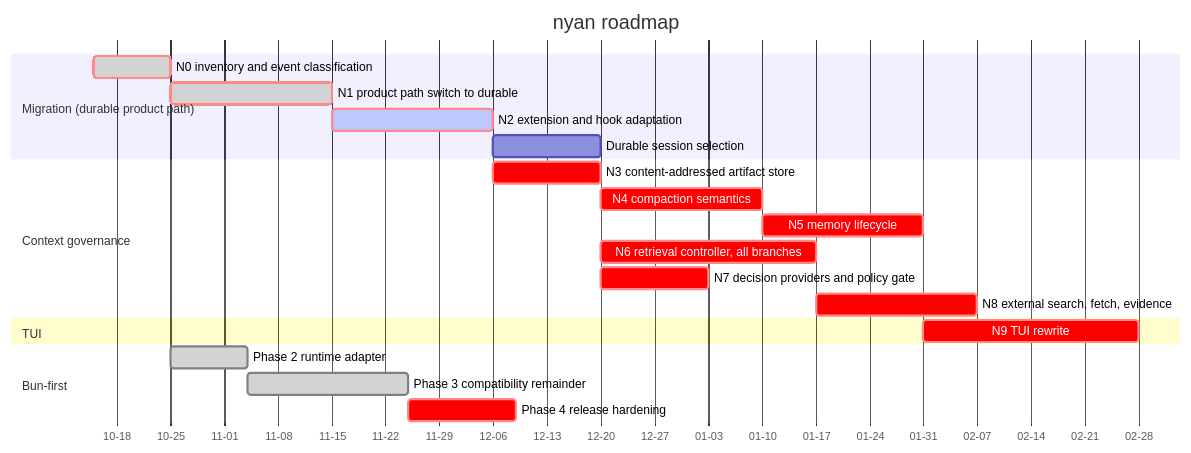
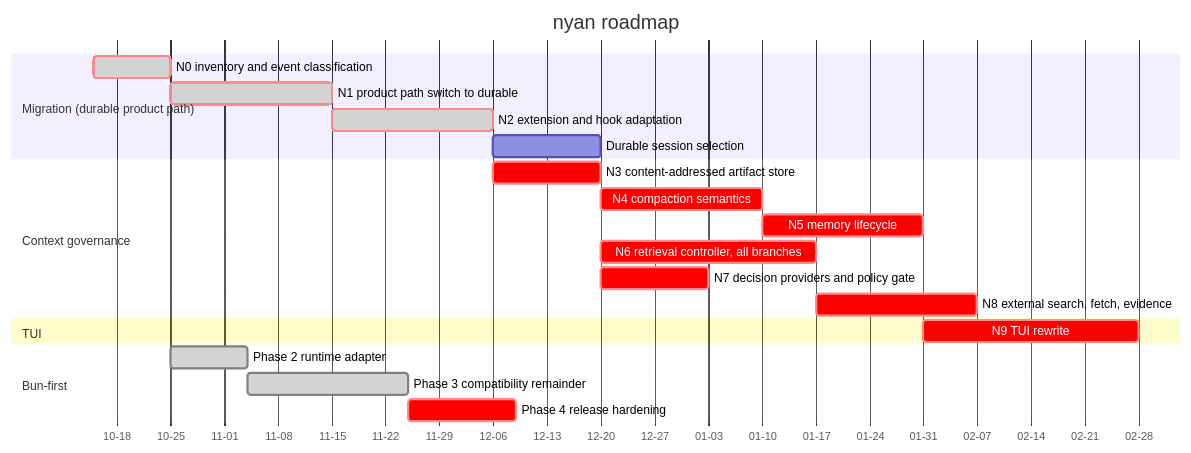
The diagram in ROADMAP.md (blxzer77/nyan), drawn with Mermaid before and after one commit. The commit also changed other lines of this file and 2 other files, not shown here.

Commit message:
docs: close the N2 gate, move the hooks note to implemented, and pin the built-in extension surface

````diff
--- a/ROADMAP.md
+++ b/ROADMAP.md
@@ -13,28 +13,28 @@
 ```mermaid
 gantt
     title nyan roadmap
     dateFormat YYYY-MM-DD
     axisFormat %m-%d
 
     section Migration (durable product path)
     N0 inventory and event classification :done, crit, n0, 2026-10-15, 10d
     N1 product path switch to durable :done, crit, n1, after n0, 21d
-    N2 extension and hook adaptation :active, crit, n2, after n1, 21d
+    N2 extension and hook adaptation :done, crit, n2, after n1, 21d
     Durable session selection :n2s, after n2, 14d
 
     section Context governance
     N3 content-addressed artifact store :crit, n3, after n2, 14d
     N4 compaction semantics :crit, n4, after n3, 21d
     N5 memory lifecycle :crit, n5, after n4, 21d
     N6 retrieval controller, all branches :crit, n6, after n3, 28d
     N7 decision providers and policy gate :crit, n7, after n3, 14d
     N8 external search, fetch, evidence :crit, n8, after n6, 21d
 
     section TUI
     N9 TUI rewrite :crit, n9, after n5, 28d
 
     section Bun-first
     Phase 2 runtime adapter :done, bun2, after n0, 10d
     Phase 3 compatibility remainder :done, bun3, after bun2, 21d
     Phase 4 release hardening :crit, bun4, after bun3, 14d
 ```
````
